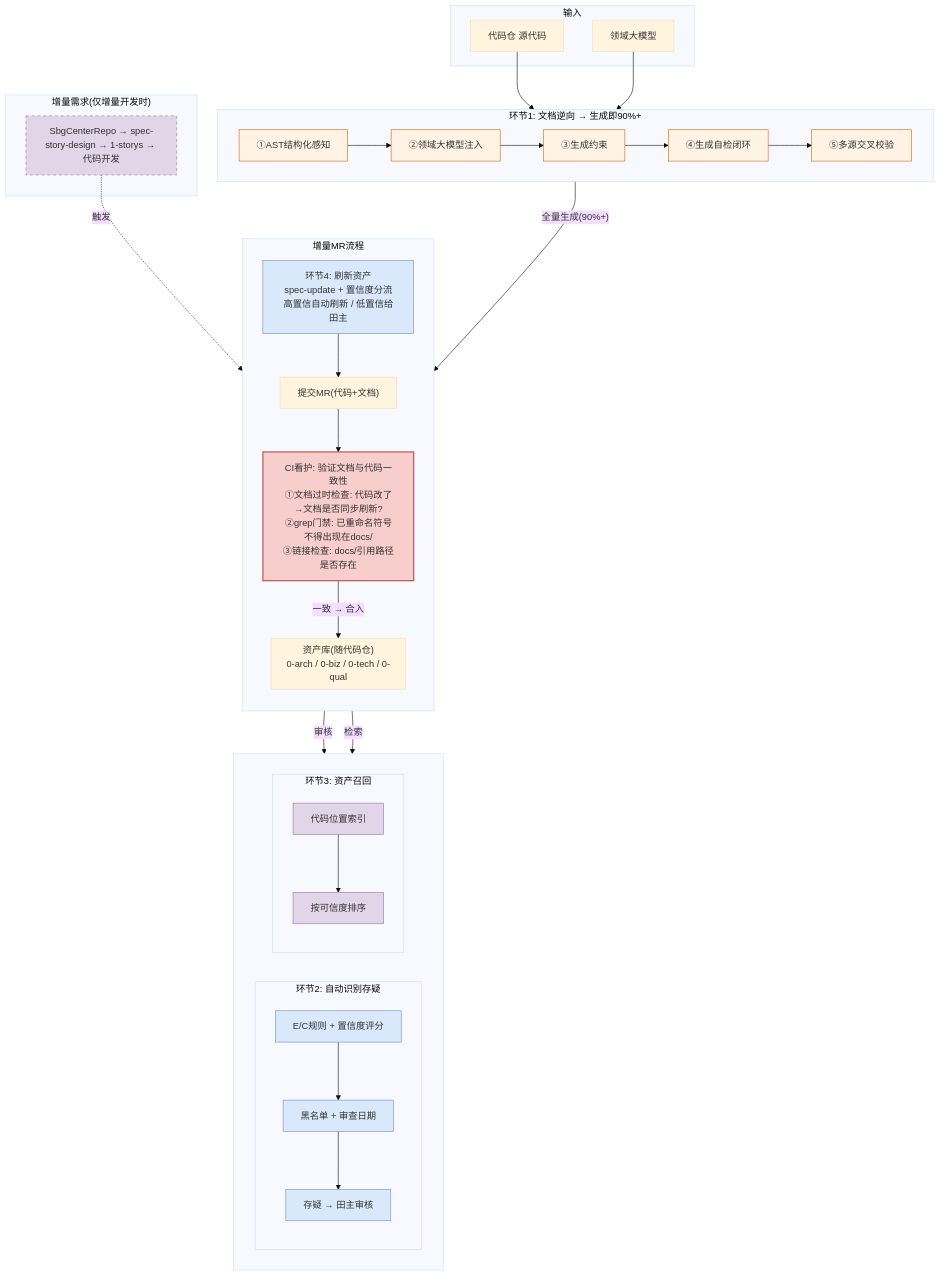
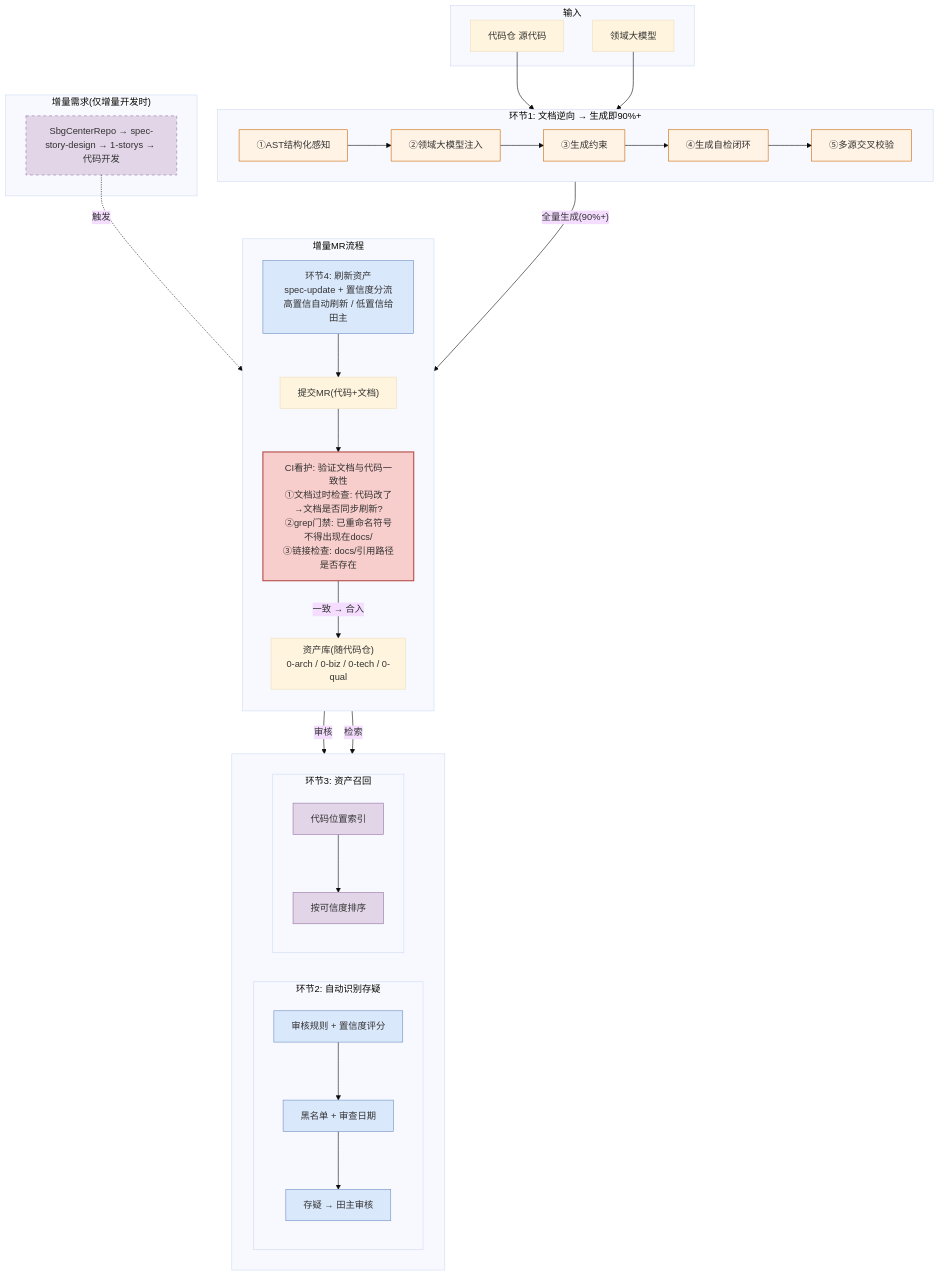
The first of 3 diagrams in POC/云核知识资产治理解决方案.md (hututuxinyu/Memory), drawn with Mermaid (base theme) before and after one commit. The commit also changed other lines of this file, not shown here.

````diff
--- a/POC/云核知识资产治理解决方案.md
+++ b/POC/云核知识资产治理解决方案.md
@@ -18,70 +18,70 @@
 ```mermaid
 flowchart TB
     subgraph Input["输入"]
         I1["代码仓 源代码"]
         I2["领域大模型"]
     end
 
     subgraph R1["环节1: 文档逆向 → 生成即90%+"]
         direction LR
         R1a["①AST结构化感知"]
         R1b["②领域大模型注入"]
         R1c["③生成约束"]
         R1d["④生成自检闭环"]
         R1e["⑤多源交叉校验"]
         R1a --> R1b --> R1c --> R1d --> R1e
     end
 
     subgraph Assets["资产库(随代码仓)<br/>0-arch / 0-biz / 0-tech / 0-qual"]
     end
 
     subgraph Bottom[" "]
         direction LR
         subgraph R2["环节2: 自动识别存疑"]
-            R2a["E/C规则 + 置信度评分"]
+            R2a["审核规则 + 置信度评分"]
             R2b["黑名单 + 审查日期"]
             R2c["存疑 → 田主审核"]
             R2a --> R2b --> R2c
         end
         subgraph R3["环节3: 资产召回"]
             R3a["代码位置索引"]
             R3b["按可信度排序"]
             R3a --> R3b
         end
     end
 
     subgraph MRFlow["增量MR流程"]
         direction TB
         R4["环节4: 刷新资产<br/>spec-update + 置信度分流<br/>高置信自动刷新 / 低置信给田主"]
         MR["提交MR(代码+文档)"]
         CI["CI看护: 验证文档与代码一致性<br/>①文档过时检查: 代码改了→文档是否同步刷新?<br/>②grep门禁: 已重命名符号不得出现在docs/<br/>③链接检查: docs/引用路径是否存在"]
         R4 --> MR
         MR --> CI
         CI -->|"一致 → 合入"| Assets
     end
 
     I1 --> R1
     I2 --> R1
     R1 -->|"全量生成(90%+)"| Assets
     Assets -->|"审核"| R2
     Assets -->|"检索"| R3
 
     subgraph Trigger["增量需求(仅增量开发时)"]
         T1["SbgCenterRepo → spec-story-design → 1-storys → 代码开发"]
     end
     T1 -.->|"触发"| R4
 
     style R1a fill:#fff3e6,stroke:#cc6600
     style R1b fill:#fff3e6,stroke:#cc6600
     style R1c fill:#fff3e6,stroke:#cc6600
     style R1d fill:#fff3e6,stroke:#cc6600
     style R1e fill:#fff3e6,stroke:#cc6600
     style R2a fill:#dae8fc,stroke:#6c8ebf
     style R2b fill:#dae8fc,stroke:#6c8ebf
     style R2c fill:#dae8fc,stroke:#6c8ebf
     style R3a fill:#e1d5e7,stroke:#9673a6
     style R3b fill:#e1d5e7,stroke:#9673a6
     style CI fill:#f8cecc,stroke:#b85450,stroke-width:2px
     style R4 fill:#dae8fc,stroke:#6c8ebf
     style T1 fill:#e1d5e7,stroke:#9673a6,stroke-dasharray:5 5
 ```
````
